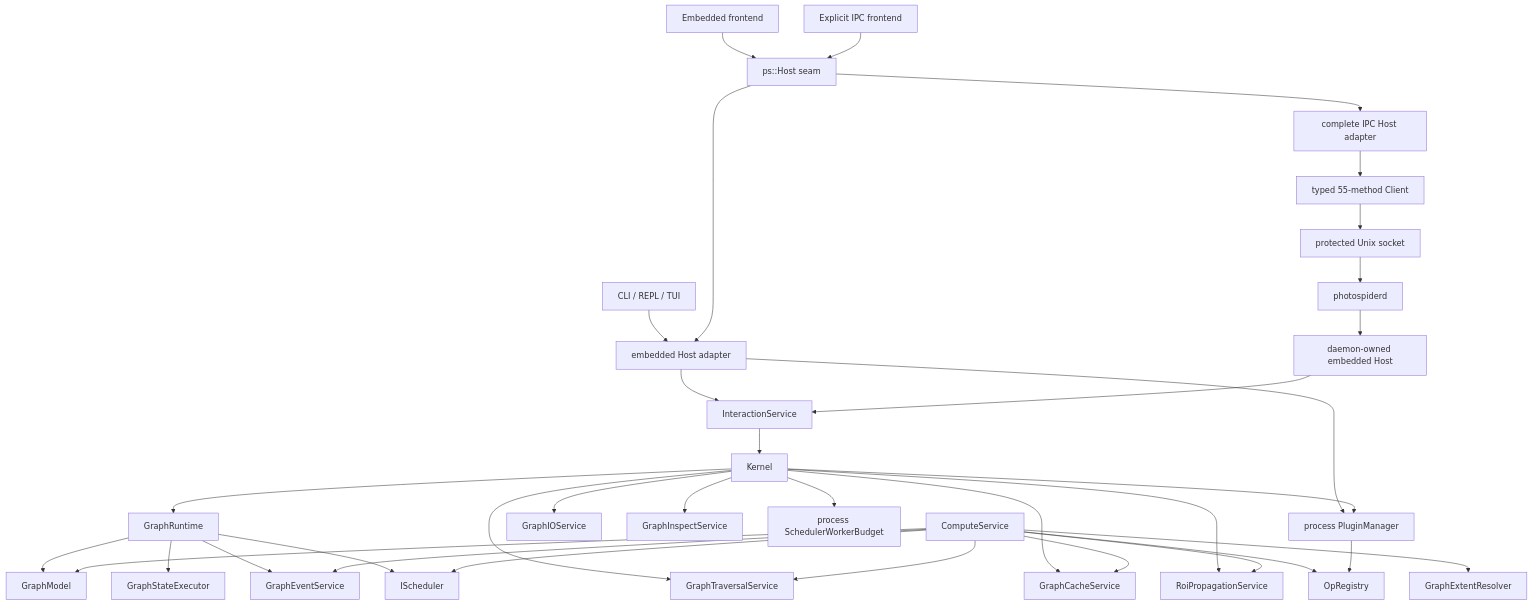
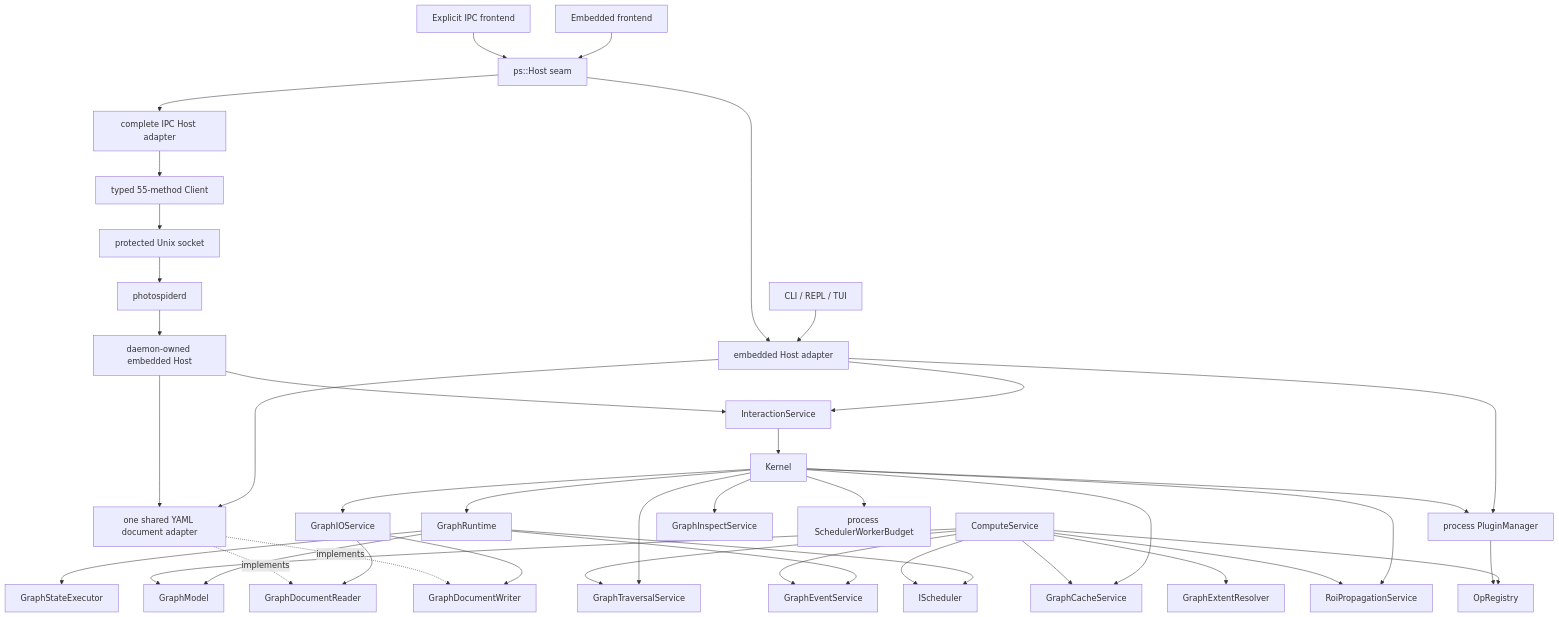
One commit to kevin-zf1123/photospider changed the diagram in docs/kernel-architecture/Overview.md. Above: the diagram before and after it, drawn with Mermaid. The commit also changed other lines of this file and 5 other files, not shown here.

First line of the commit message:
[docs] document graph persistence composition

````diff
--- a/docs/kernel-architecture/Overview.md
+++ b/docs/kernel-architecture/Overview.md
@@ -140,41 +141,47 @@
 ```mermaid
 graph TD
     CLI["CLI / REPL / TUI"] --> EmbeddedHost["embedded Host adapter"]
     Frontend["Embedded frontend"] --> Host["ps::Host seam"]
     RemoteFrontend["Explicit IPC frontend"] --> Host
     Host --> EmbeddedHost
     Host --> IpcHost["complete IPC Host adapter"]
     IpcHost --> Client["typed 55-method Client"]
     Client --> Socket["protected Unix socket"]
     Socket --> Daemon["photospiderd"]
     Daemon --> DaemonHost["daemon-owned embedded Host"]
     EmbeddedHost --> InteractionService
     DaemonHost --> InteractionService
+    EmbeddedHost --> YamlGraphDocumentAdapter["one shared YAML document adapter"]
+    DaemonHost --> YamlGraphDocumentAdapter
     EmbeddedHost --> PluginManager["process PluginManager"]
     InteractionService --> Kernel
 
     Kernel --> GraphRuntime
     Kernel --> GraphIOService
+    GraphIOService --> GraphDocumentReader
+    GraphIOService --> GraphDocumentWriter
+    YamlGraphDocumentAdapter -. implements .-> GraphDocumentReader
+    YamlGraphDocumentAdapter -. implements .-> GraphDocumentWriter
     Kernel --> GraphTraversalService
     Kernel --> GraphCacheService
     Kernel --> GraphInspectService
     Kernel --> RoiPropagationService
     Kernel --> PluginManager
     Kernel --> SchedulerWorkerBudget["process SchedulerWorkerBudget"]
 
     GraphRuntime --> GraphModel
     GraphRuntime --> GraphStateExecutor
     GraphRuntime --> GraphEventService
     GraphRuntime --> IScheduler
 
     ComputeService --> GraphModel
     ComputeService --> GraphTraversalService
     ComputeService --> RoiPropagationService
     ComputeService --> GraphExtentResolver
     ComputeService --> GraphCacheService
     ComputeService --> GraphEventService
     ComputeService --> OpRegistry
     ComputeService --> IScheduler
 
     PluginManager --> OpRegistry
 ```
````
